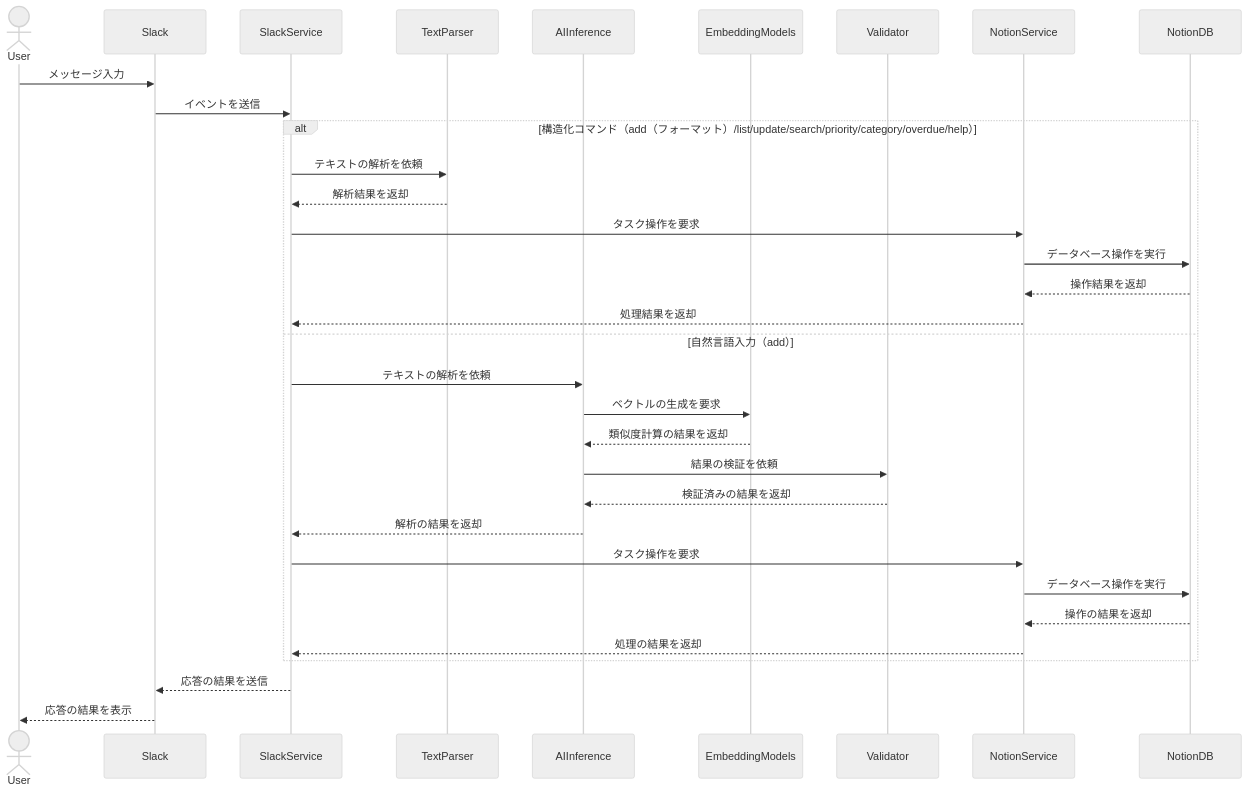
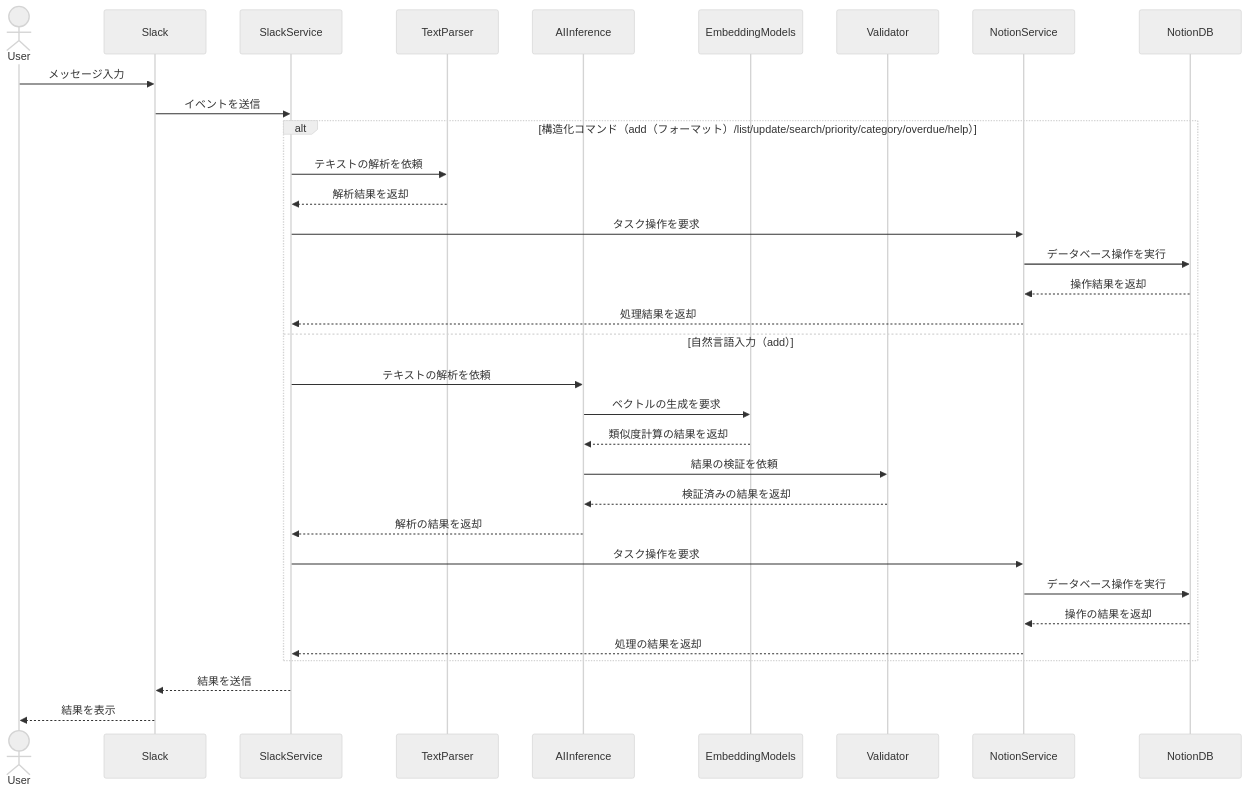
Before and after one commit to YL08140921/Task-Manager-for-Slack-bot: the third of 3 diagrams in docs/システム概要.md, drawn with Mermaid (neutral theme).

Commit message:
システム概要のdocs-修正

````diff
--- a/docs/システム概要.md
+++ b/docs/システム概要.md
@@ -145,38 +145,38 @@
 ```mermaid
 sequenceDiagram
     actor User
     participant Slack
     participant SS as SlackService
     participant TP as TextParser
     participant AI as AIInference
     participant EM as EmbeddingModels
     participant Val as Validator
     participant NS as NotionService
     participant Notion as NotionDB
 
     User->>Slack: メッセージ入力
     Slack->>SS: イベントを送信
 
     alt 構造化コマンド（add（フォーマット）/list/update/search/priority/category/overdue/help）
         SS->>TP: テキストの解析を依頼
         TP-->>SS: 解析結果を返却
         SS->>NS: タスク操作を要求
         NS->>Notion: データベース操作を実行
         Notion-->>NS: 操作結果を返却
         NS-->>SS: 処理結果を返却
     else 自然言語入力（add）
         SS->>AI: テキストの解析を依頼
         AI->>EM: ベクトルの生成を要求
         EM-->>AI: 類似度計算の結果を返却
         AI->>Val: 結果の検証を依頼
         Val-->>AI: 検証済みの結果を返却
         AI-->>SS: 解析の結果を返却
         SS->>NS: タスク操作を要求
         NS->>Notion: データベース操作を実行
         Notion-->>NS: 操作の結果を返却
         NS-->>SS: 処理の結果を返却
     end
 
-    SS-->>Slack: 応答の結果を送信
-    Slack-->>User: 応答の結果を表示
+    SS-->>Slack: 結果を送信
+    Slack-->>User: 結果を表示
 ```
````
